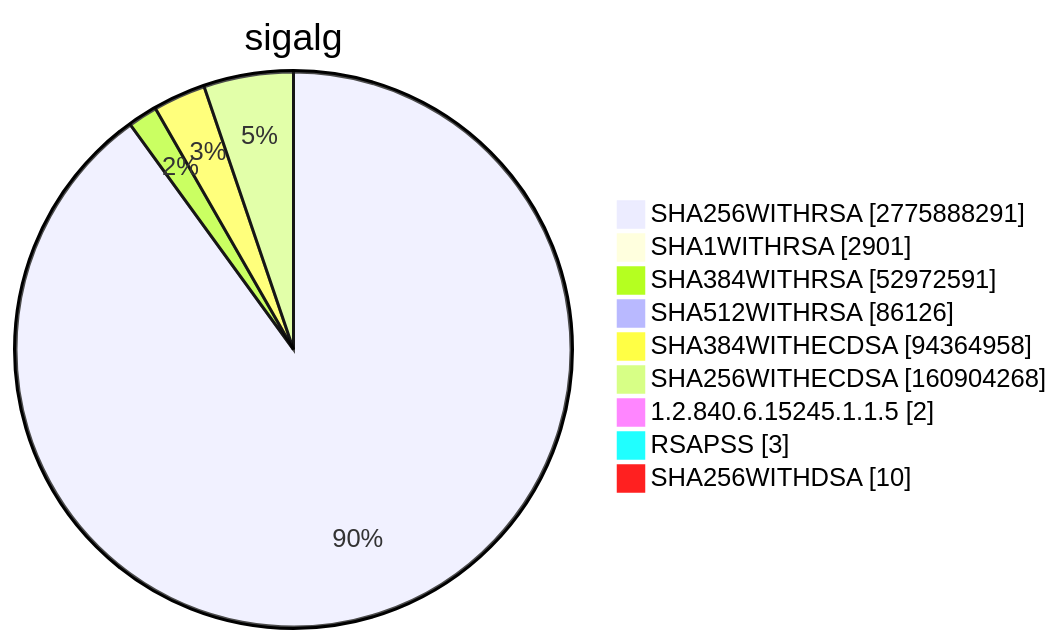
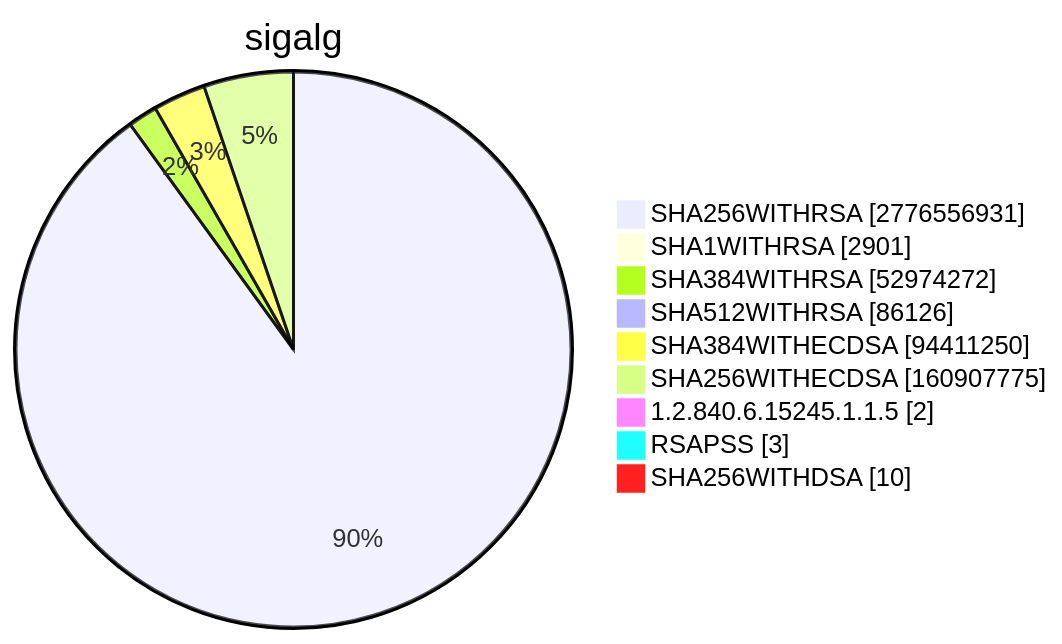
Diagram 15 of 15 in TOTAL/README.md (christiankrug/ctmonitor_visualization), drawn with Mermaid before and after one commit. The commit also changed other lines of this file, not shown here.

````diff
--- a/TOTAL/README.md
+++ b/TOTAL/README.md
@@ -6207,13 +6207,13 @@
 ```mermaid
 pie showData
 title sigalg
-"SHA256WITHRSA" :2775888291
+"SHA256WITHRSA" :2776556931
 "SHA1WITHRSA" :2901
-"SHA384WITHRSA" :52972591
+"SHA384WITHRSA" :52974272
 "SHA512WITHRSA" :86126
-"SHA384WITHECDSA" :94364958
-"SHA256WITHECDSA" :160904268
+"SHA384WITHECDSA" :94411250
+"SHA256WITHECDSA" :160907775
 "1.2.840.6.15245.1.1.5" :2
 "RSAPSS" :3
 "SHA256WITHDSA" :10
 ```
````
